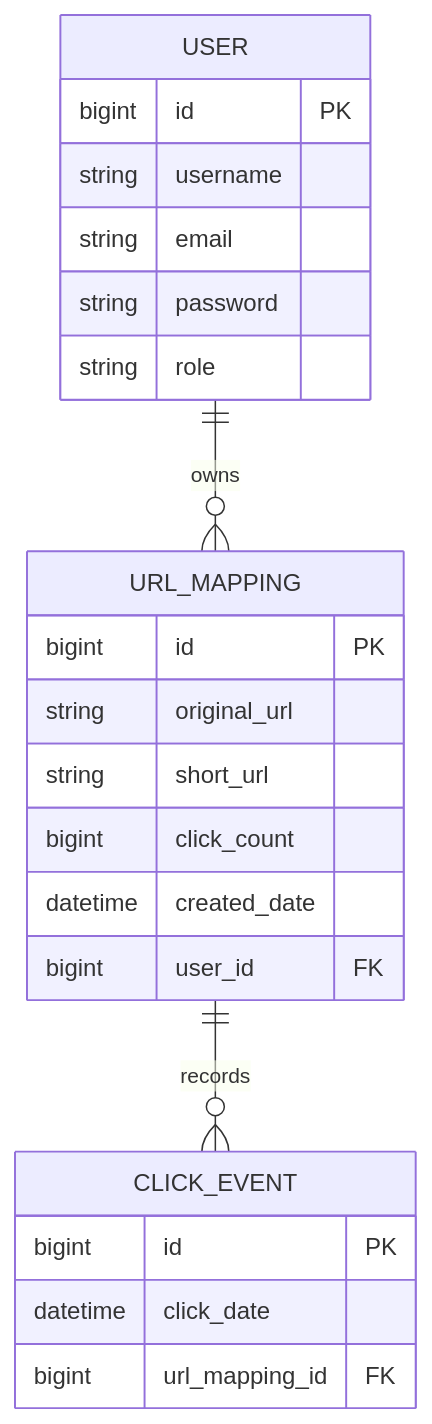
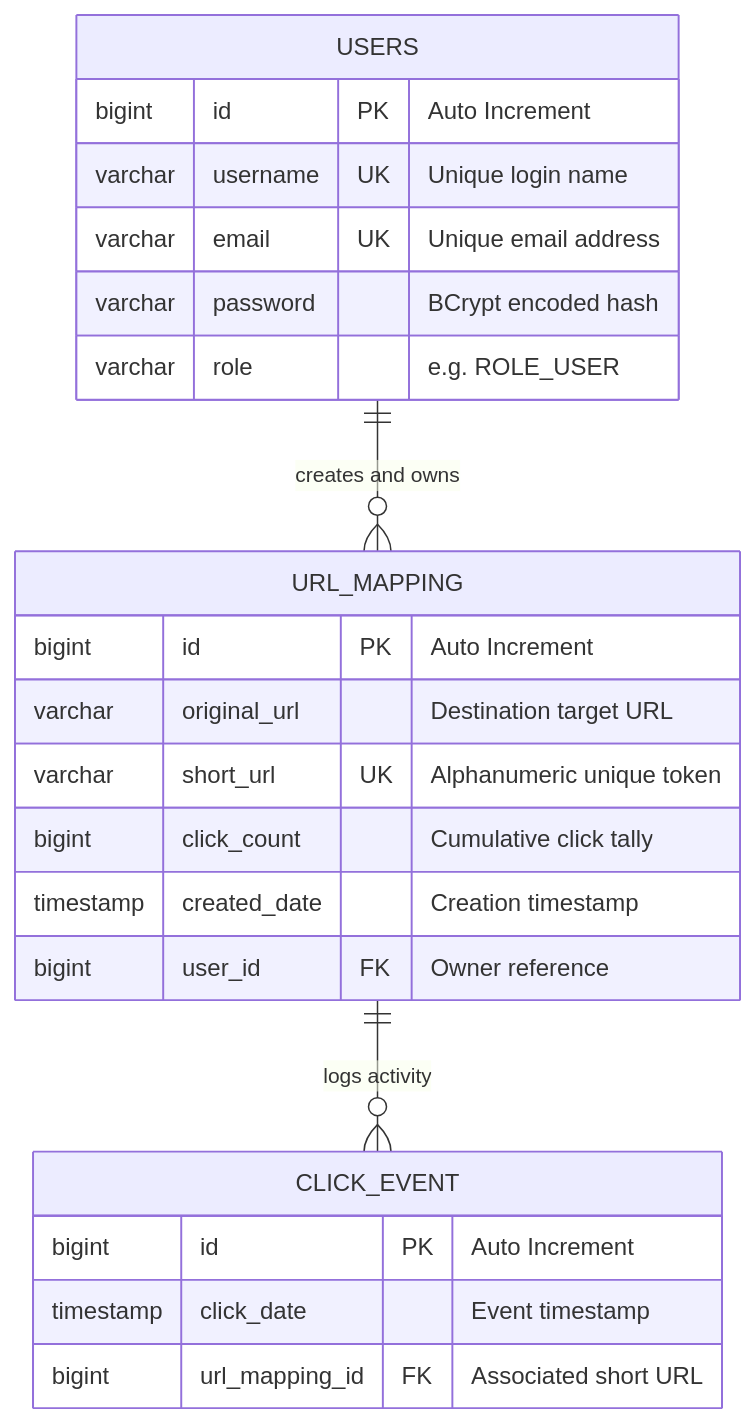
Before and after one commit to samahmoumen/shortlytics: the third of 3 diagrams in README.md, drawn with Mermaid. The commit also changed other lines of this file and 7 other files, not shown here.

````diff
--- a/README.md
+++ b/README.md
@@ -120,28 +156,28 @@
 ```mermaid
 erDiagram
-    USER ||--o{ URL_MAPPING : owns
-    URL_MAPPING ||--o{ CLICK_EVENT : records
+    USERS ||--o{ URL_MAPPING : "creates and owns"
+    URL_MAPPING ||--o{ CLICK_EVENT : "logs activity"
 
-    USER {
-        bigint id PK
-        string username
-        string email
-        string password
-        string role
+    USERS {
+        bigint id PK "Auto Increment"
+        varchar username UK "Unique login name"
+        varchar email UK "Unique email address"
+        varchar password "BCrypt encoded hash"
+        varchar role "e.g. ROLE_USER"
     }
 
     URL_MAPPING {
-        bigint id PK
-        string original_url
-        string short_url
-        bigint click_count
-        datetime created_date
-        bigint user_id FK
+        bigint id PK "Auto Increment"
+        varchar original_url "Destination target URL"
+        varchar short_url UK "Alphanumeric unique token"
+        bigint click_count "Cumulative click tally"
+        timestamp created_date "Creation timestamp"
+        bigint user_id FK "Owner reference"
     }
 
     CLICK_EVENT {
-        bigint id PK
-        datetime click_date
-        bigint url_mapping_id FK
+        bigint id PK "Auto Increment"
+        timestamp click_date "Event timestamp"
+        bigint url_mapping_id FK "Associated short URL"
     }
 ```
````
